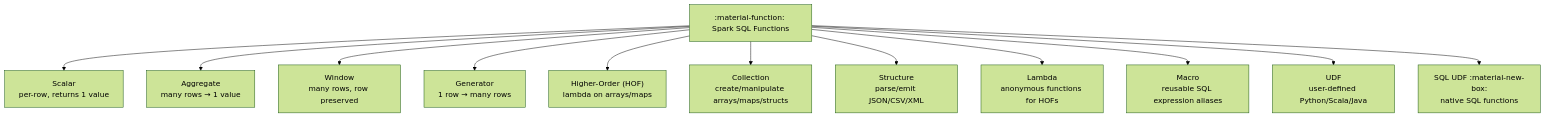
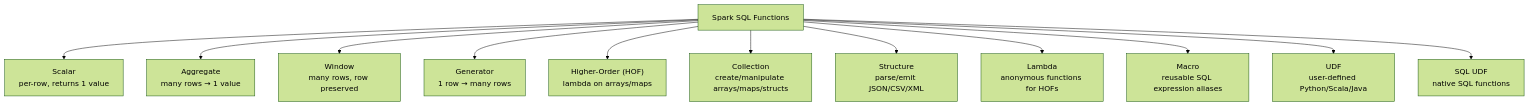
One commit to mahfooziiitian/spark-batch changed the first of 2 diagrams in spark-sql/docs/functions/index.md. Above: the diagram before and after it, drawn with Mermaid (forest theme). The commit also changed other lines of this file and 809 other files, not shown here.

````diff
--- a/spark-sql/docs/functions/index.md
+++ b/spark-sql/docs/functions/index.md
@@ -11,14 +11,14 @@
 ```mermaid
 flowchart TD
-    F[":material-function: Spark SQL Functions"] --> SC["Scalar\nper-row, returns 1 value"]
+    F["Spark SQL Functions"] --> SC["Scalar\nper-row, returns 1 value"]
     F --> AG["Aggregate\nmany rows → 1 value"]
     F --> WN["Window\nmany rows, row preserved"]
     F --> GE["Generator\n1 row → many rows"]
     F --> HF["Higher-Order (HOF)\nlambda on arrays/maps"]
     F --> CO["Collection\ncreate/manipulate arrays/maps/structs"]
     F --> ST["Structure\nparse/emit JSON/CSV/XML"]
     F --> LA["Lambda\nanonymous functions for HOFs"]
     F --> MC["Macro\nreusable SQL expression aliases"]
     F --> UD["UDF\nuser-defined Python/Scala/Java"]
-    F --> SU["SQL UDF :material-new-box:\nnative SQL functions"]
+    F --> SU["SQL UDF\nnative SQL functions"]
 ```
````
